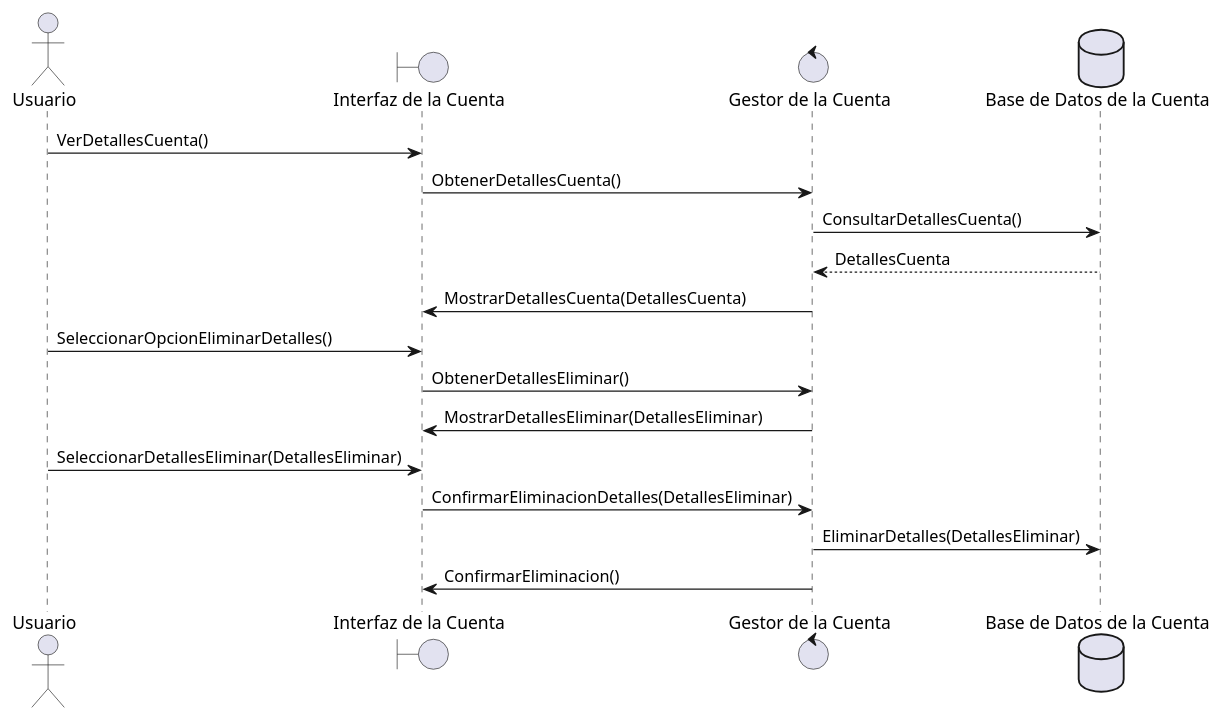
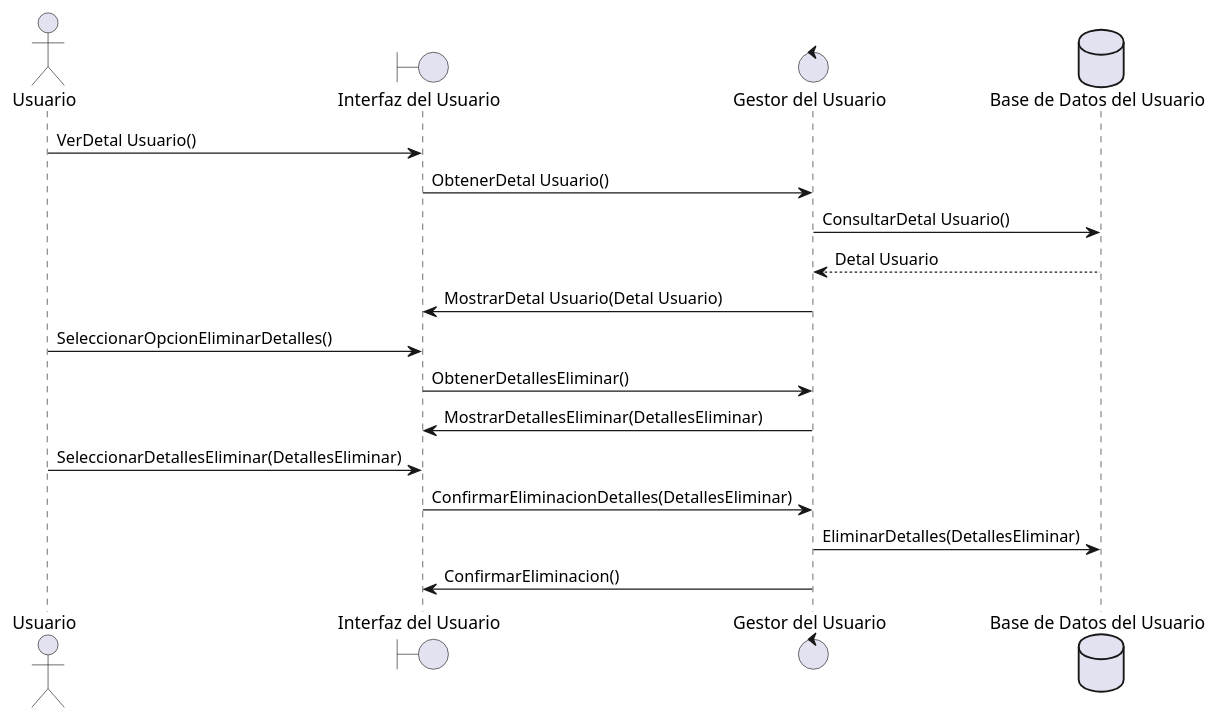
One commit to Ashwrai/Documentation_practice changed the diagram in others/working-documents/sprint-4/umls/eliminar datos.plantuml. Above: the diagram before and after it, drawn with PlantUML.

```diff
--- a/others/working-documents/sprint-4/umls/eliminar datos.plantuml
+++ b/others/working-documents/sprint-4/umls/eliminar datos.plantuml
@@ -1,21 +1,21 @@
 @startuml
 actor Usuario
 
-boundary "Interfaz de la Cuenta"
-control "Gestor de la Cuenta"
-database "Base de Datos de la Cuenta"
+boundary "Interfaz del Usuario"
+control "Gestor del Usuario"
+database "Base de Datos del Usuario"
 
-Usuario -> "Interfaz de la Cuenta": VerDetallesCuenta()
-"Interfaz de la Cuenta" -> "Gestor de la Cuenta": ObtenerDetallesCuenta()
-"Gestor de la Cuenta" -> "Base de Datos de la Cuenta": ConsultarDetallesCuenta()
-"Base de Datos de la Cuenta" --> "Gestor de la Cuenta": DetallesCuenta
-"Gestor de la Cuenta" -> "Interfaz de la Cuenta": MostrarDetallesCuenta(DetallesCuenta)
-Usuario -> "Interfaz de la Cuenta": SeleccionarOpcionEliminarDetalles()
-"Interfaz de la Cuenta" -> "Gestor de la Cuenta": ObtenerDetallesEliminar()
-"Gestor de la Cuenta" -> "Interfaz de la Cuenta": MostrarDetallesEliminar(DetallesEliminar)
-Usuario -> "Interfaz de la Cuenta": SeleccionarDetallesEliminar(DetallesEliminar)
-"Interfaz de la Cuenta" -> "Gestor de la Cuenta": ConfirmarEliminacionDetalles(DetallesEliminar)
-"Gestor de la Cuenta" -> "Base de Datos de la Cuenta": EliminarDetalles(DetallesEliminar)
-"Gestor de la Cuenta" -> "Interfaz de la Cuenta": ConfirmarEliminacion()
+Usuario -> "Interfaz del Usuario": VerDetal Usuario()
+"Interfaz del Usuario" -> "Gestor del Usuario": ObtenerDetal Usuario()
+"Gestor del Usuario" -> "Base de Datos del Usuario": ConsultarDetal Usuario()
+"Base de Datos del Usuario" --> "Gestor del Usuario": Detal Usuario
+"Gestor del Usuario" -> "Interfaz del Usuario": MostrarDetal Usuario(Detal Usuario)
+Usuario -> "Interfaz del Usuario": SeleccionarOpcionEliminarDetalles()
+"Interfaz del Usuario" -> "Gestor del Usuario": ObtenerDetallesEliminar()
+"Gestor del Usuario" -> "Interfaz del Usuario": MostrarDetallesEliminar(DetallesEliminar)
+Usuario -> "Interfaz del Usuario": SeleccionarDetallesEliminar(DetallesEliminar)
+"Interfaz del Usuario" -> "Gestor del Usuario": ConfirmarEliminacionDetalles(DetallesEliminar)
+"Gestor del Usuario" -> "Base de Datos del Usuario": EliminarDetalles(DetallesEliminar)
+"Gestor del Usuario" -> "Interfaz del Usuario": ConfirmarEliminacion()
 
 @enduml
```
